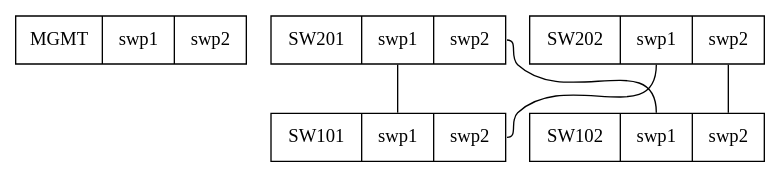
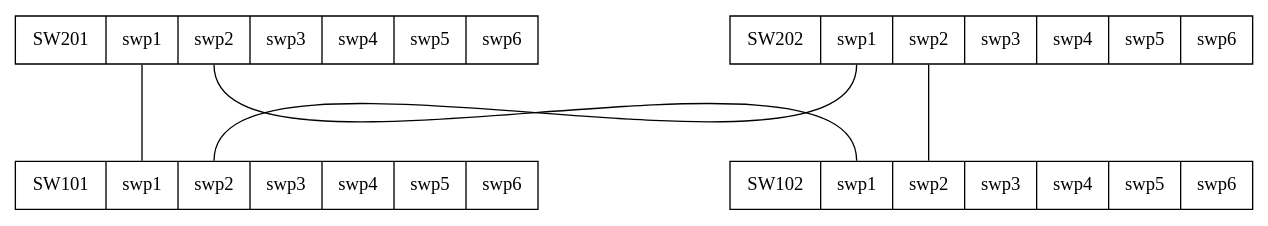
The diagram in sync/cumulus/topology.dot (htr2/netauto), drawn with Graphviz before and after one commit. The commit also changed 28 other files, not shown here.

```diff
--- a/sync/cumulus/topology.dot
+++ b/sync/cumulus/topology.dot
@@ -1,11 +1,14 @@
-graph g { node [shape=record]; 
-MGMT [label=" MGMT | <swp1> swp1 | <swp2> swp2 "];
+graph g {
+ node [shape=record];
+ graph [nodesep="2" ranksep="1"];
+ BFD="upMinTx=150,requiredMinRx=250,afi=both" 
+ LLDP="" 
 SW201:swp1 -- SW101:swp1
 SW201:swp2 -- SW102:swp1
-SW201 [label=" SW201 | <swp1> swp1 | <swp2> swp2 "];
+SW201 [label=" SW201| <swp1> swp1| <swp2> swp2| <swp3> swp3| <swp4> swp4| <swp5> swp5| <swp6> swp6"];
 SW202:swp1 -- SW101:swp2
 SW202:swp2 -- SW102:swp2
-SW202 [label=" SW202 | <swp1> swp1 | <swp2> swp2 "];
-SW101 [label=" SW101 | <swp1> swp1 | <swp2> swp2 "];
-SW102 [label=" SW102 | <swp1> swp1 | <swp2> swp2 "];
+SW202 [label=" SW202| <swp1> swp1| <swp2> swp2| <swp3> swp3| <swp4> swp4| <swp5> swp5| <swp6> swp6"];
+SW101 [label=" SW101| <swp1> swp1| <swp2> swp2| <swp3> swp3| <swp4> swp4| <swp5> swp5| <swp6> swp6"];
+SW102 [label=" SW102| <swp1> swp1| <swp2> swp2| <swp3> swp3| <swp4> swp4| <swp5> swp5| <swp6> swp6"];
 }
```
